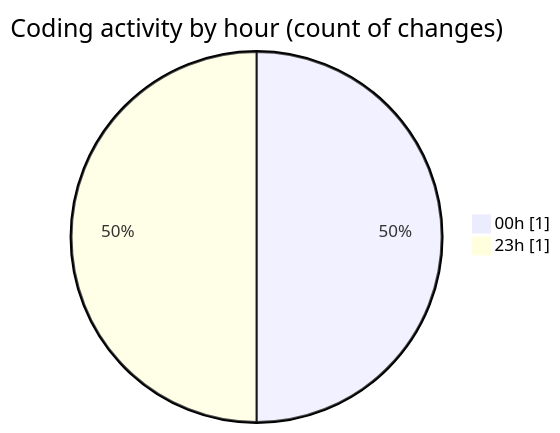
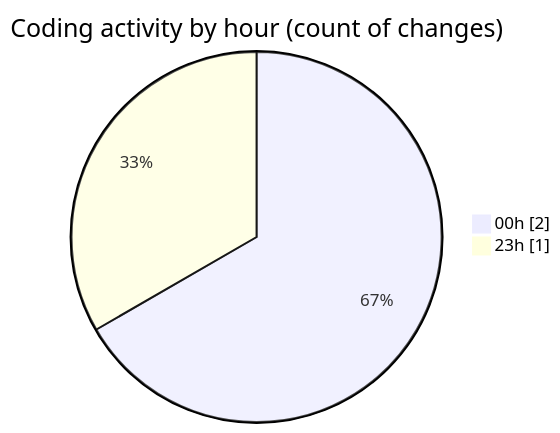
Before and after one commit to lephambinh05/code-tracking: the second of 2 diagrams in 2025-07-18/nhahang/README.md, drawn with Mermaid. The commit also changed other lines of this file and 1 other file, not shown here.

````diff
--- a/2025-07-18/nhahang/README.md
+++ b/2025-07-18/nhahang/README.md
@@ -29,6 +30,6 @@
 ```mermaid
 pie showData
 title Coding activity by hour (count of changes)
-"00h" : 1
+"00h" : 2
 "23h" : 1
 ```
````
